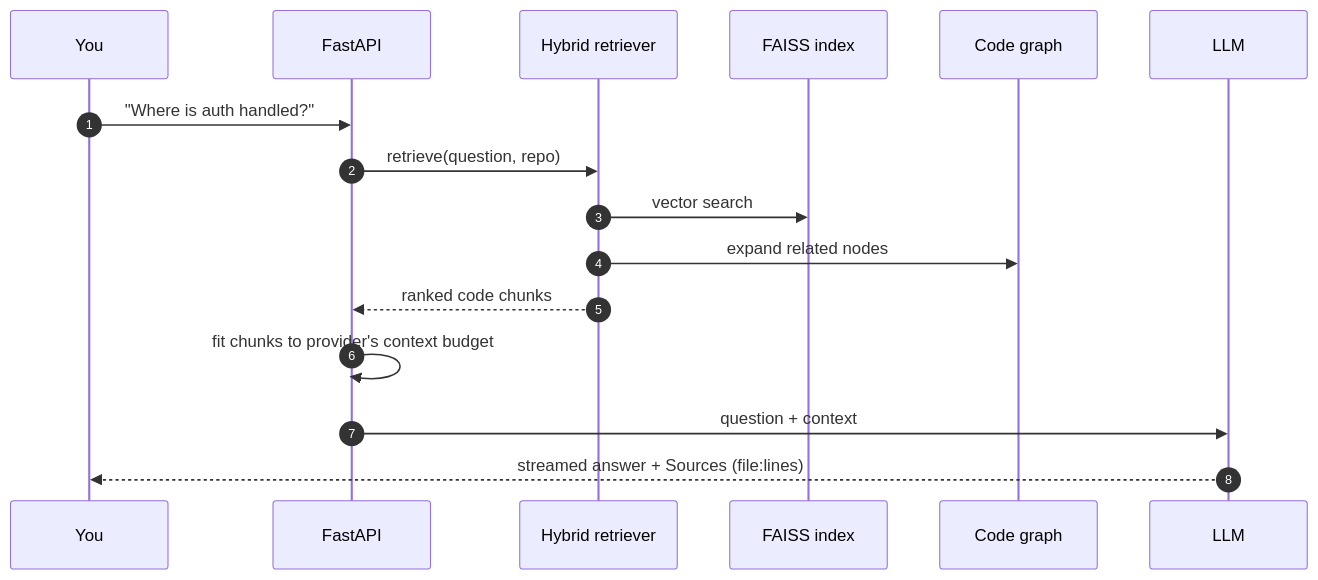
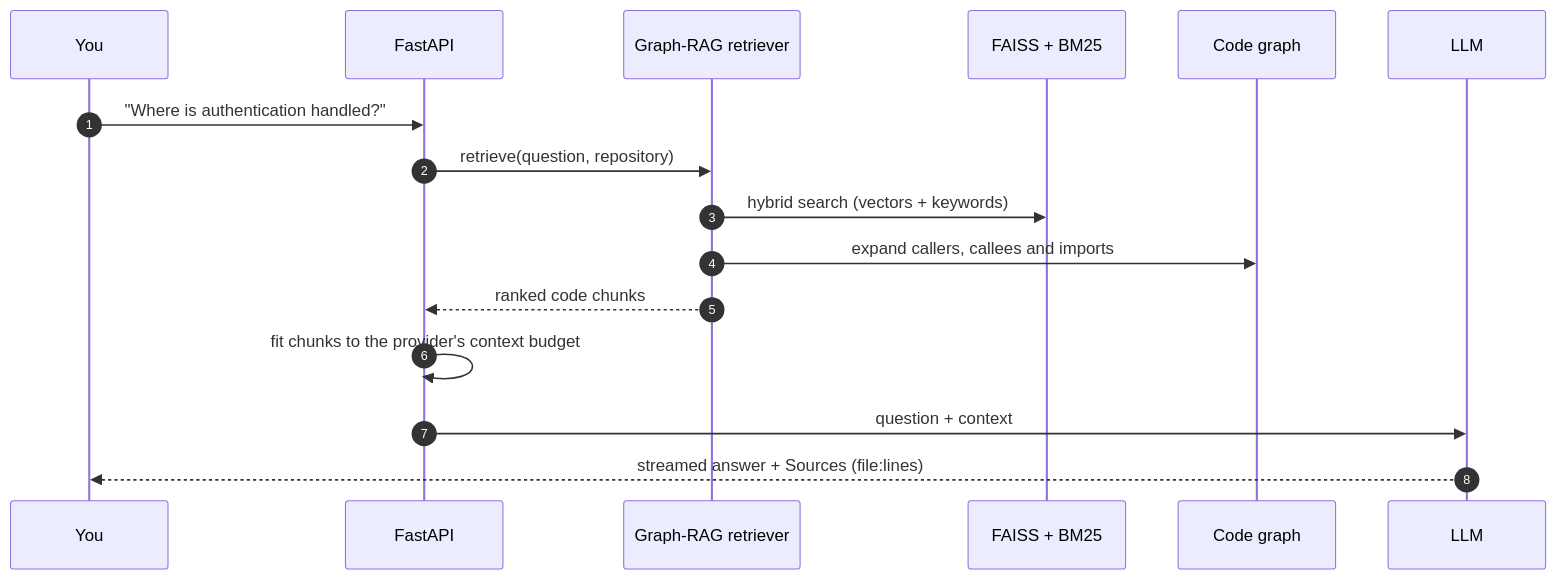
Before and after one commit to Arnav-aka-guy/Repository-scanner-engine: the second of 4 diagrams in readme.md, drawn with Mermaid. The commit also changed other lines of this file and 15 other files, not shown here.

Commit message:
docs: new README with demo, screenshots and diagrams

````diff
--- a/readme.md
+++ b/readme.md
@@ -214,19 +238,19 @@
 ```mermaid
 sequenceDiagram
     autonumber
     participant U as You
     participant API as FastAPI
-    participant R as Hybrid retriever
-    participant F as FAISS index
+    participant R as Graph-RAG retriever
+    participant F as FAISS + BM25
     participant G as Code graph
     participant L as LLM
 
-    U->>API: "Where is auth handled?"
-    API->>R: retrieve(question, repo)
-    R->>F: vector search
-    R->>G: expand related nodes
+    U->>API: "Where is authentication handled?"
+    API->>R: retrieve(question, repository)
+    R->>F: hybrid search (vectors + keywords)
+    R->>G: expand callers, callees and imports
     R-->>API: ranked code chunks
-    API->>API: fit chunks to provider's context budget
+    API->>API: fit chunks to the provider's context budget
     API->>L: question + context
     L-->>U: streamed answer + Sources (file:lines)
 ```
````
